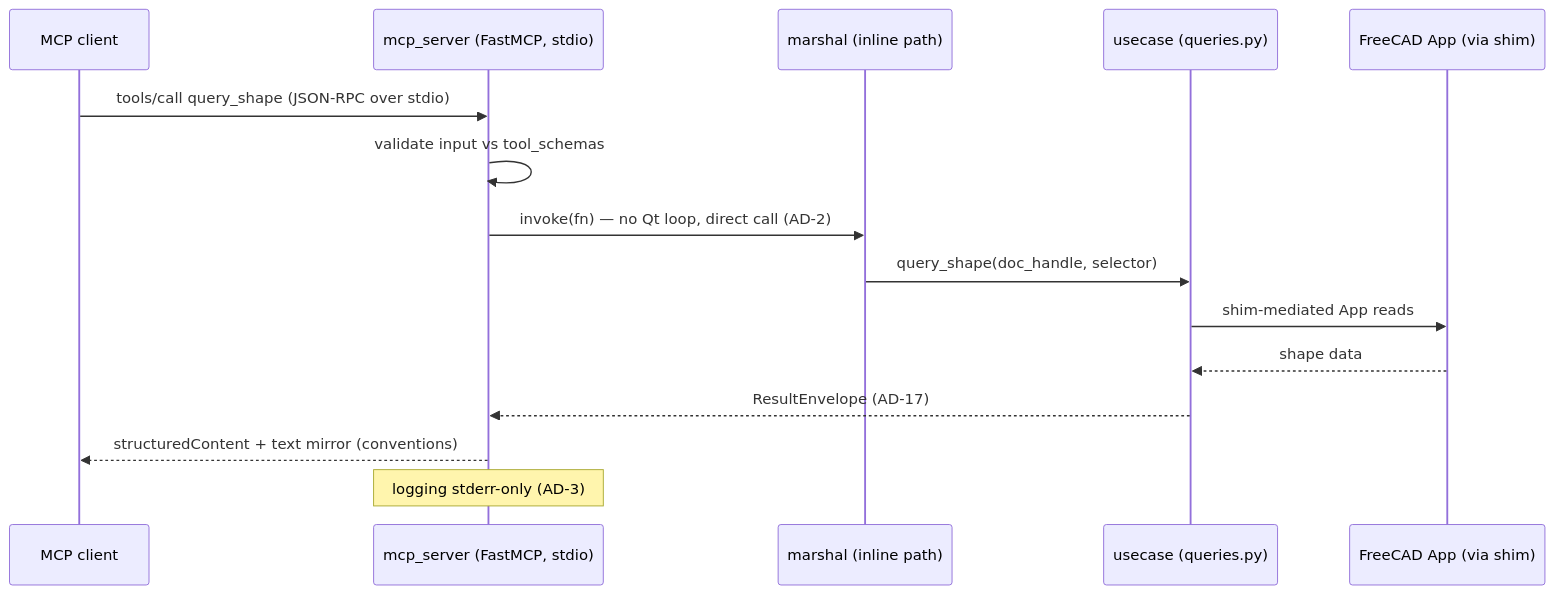
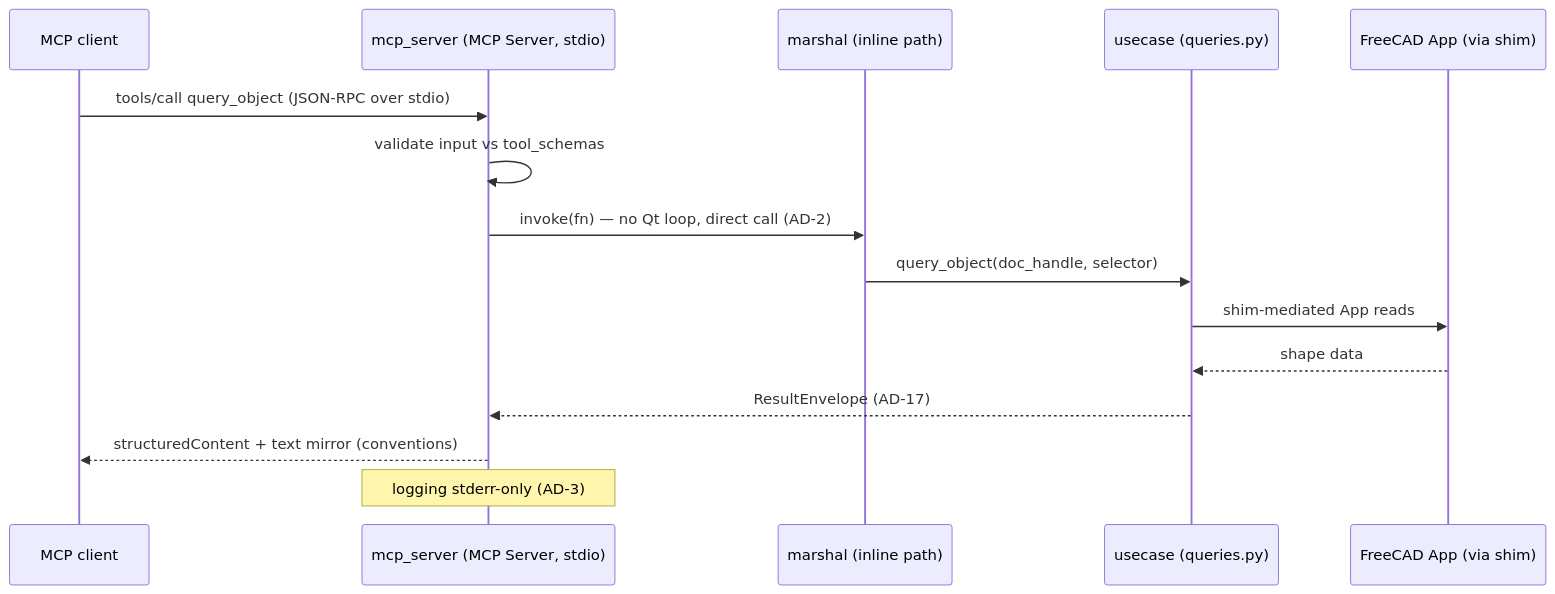
The first of 3 diagrams in _bmad-output/planning-artifacts/architecture/architecture-freecad-buddy-2026-07-21/design/component-design.md (robotics-playground/freecad-buddy), drawn with Mermaid before and after one commit. The commit also changed other lines of this file and 37 other files, not shown here.

````diff
--- a/_bmad-output/planning-artifacts/architecture/architecture-freecad-buddy-2026-07-21/design/component-design.md
+++ b/_bmad-output/planning-artifacts/architecture/architecture-freecad-buddy-2026-07-21/design/component-design.md
@@ -101,17 +102,17 @@
 ```mermaid
 sequenceDiagram
     participant C as MCP client
-    participant S as mcp_server (FastMCP, stdio)
+    participant S as mcp_server (MCP Server, stdio)
     participant M as marshal (inline path)
     participant U as usecase (queries.py)
     participant F as FreeCAD App (via shim)
-    C->>S: tools/call query_shape (JSON-RPC over stdio)
+    C->>S: tools/call query_object (JSON-RPC over stdio)
     S->>S: validate input vs tool_schemas
     S->>M: invoke(fn) — no Qt loop, direct call (AD-2)
-    M->>U: query_shape(doc_handle, selector)
+    M->>U: query_object(doc_handle, selector)
     U->>F: shim-mediated App reads
     F-->>U: shape data
     U-->>S: ResultEnvelope (AD-17)
     S-->>C: structuredContent + text mirror (conventions)
     Note over S: logging stderr-only (AD-3)
 ```
````
